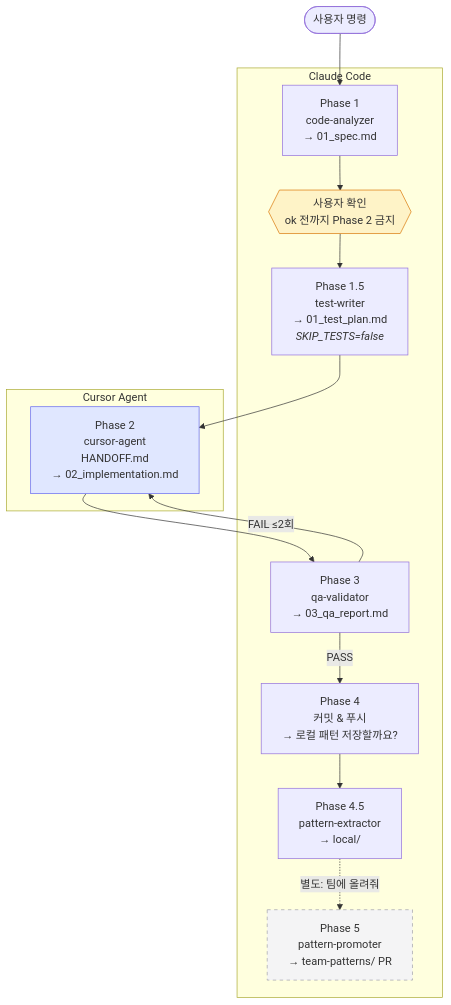
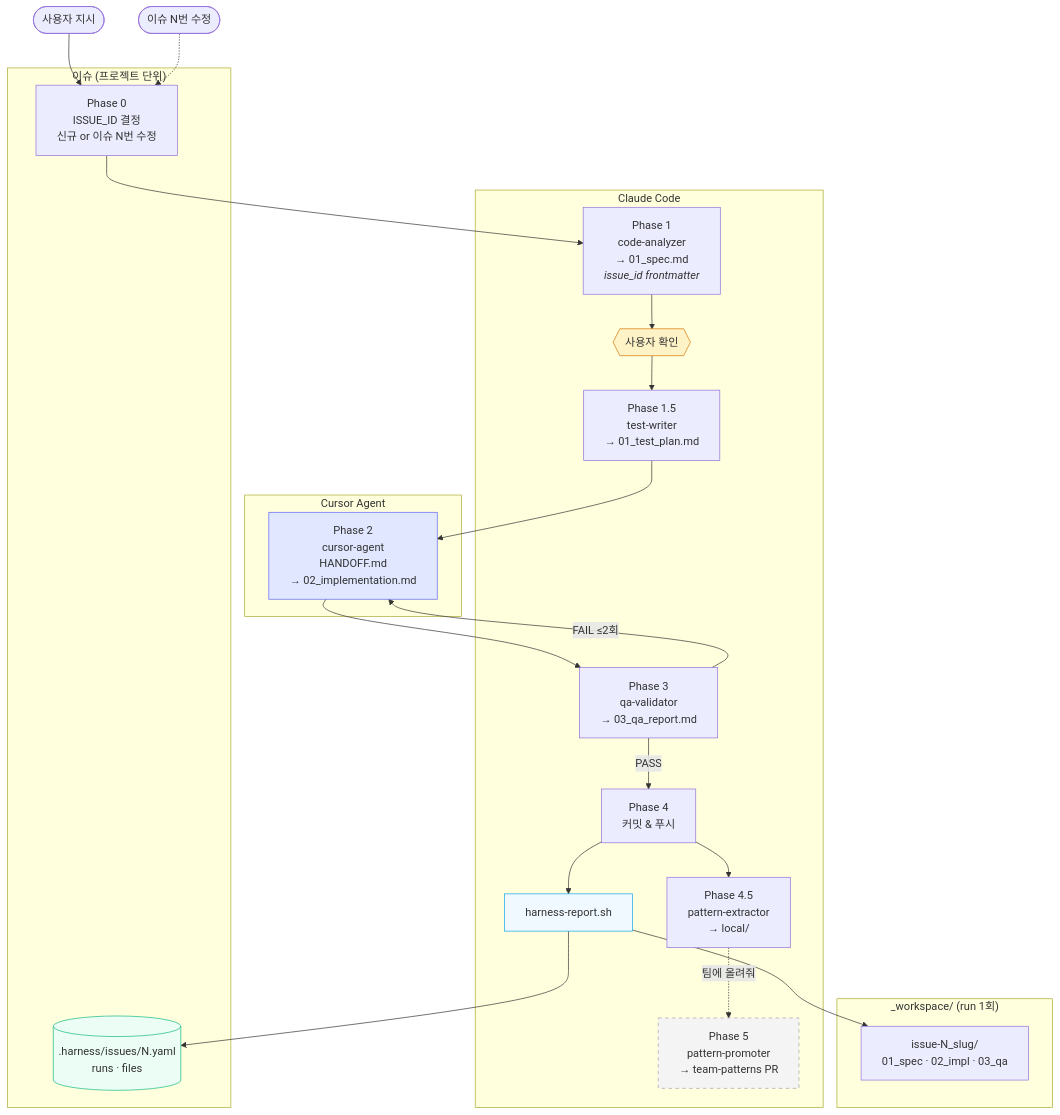
Before and after one commit to LEEHEEWON123/harness_build: the first of 5 diagrams in docs/dev-pipeline.md, drawn with Mermaid. The commit also changed other lines of this file and 1 other file, not shown here.

````diff
--- a/docs/dev-pipeline.md
+++ b/docs/dev-pipeline.md
@@ -7,31 +9,49 @@
 ```mermaid
 flowchart TB
-  START([사용자 명령]) --> P1
+  START([사용자 지시]) --> P0
+
+  subgraph ISSUE["이슈 (프로젝트 단위)"]
+    P0["Phase 0<br/>ISSUE_ID 결정<br/>신규 or 이슈 N번 수정"]
+    STORE[(".harness/issues/N.yaml<br/>runs · files")]
+  end
 
   subgraph CLAUDE["Claude Code"]
-    P1["Phase 1<br/>code-analyzer<br/>→ 01_spec.md"]
-    GATE{{"사용자 확인<br/>ok 전까지 Phase 2 금지"}}
-    P15["Phase 1.5<br/>test-writer<br/>→ 01_test_plan.md<br/><i>SKIP_TESTS=false</i>"]
+    P1["Phase 1<br/>code-analyzer<br/>→ 01_spec.md<br/><i>issue_id frontmatter</i>"]
+    GATE{{"사용자 확인"}}
+    P15["Phase 1.5<br/>test-writer<br/>→ 01_test_plan.md"]
     P3["Phase 3<br/>qa-validator<br/>→ 03_qa_report.md"]
-    P4["Phase 4<br/>커밋 & 푸시<br/>→ 로컬 패턴 저장할까요?"]
+    P4["Phase 4<br/>커밋 & 푸시"]
+    REPORT["harness-report.sh"]
     P45["Phase 4.5<br/>pattern-extractor<br/>→ local/"]
-    P5["Phase 5<br/>pattern-promoter<br/>→ team-patterns/ PR"]
+    P5["Phase 5<br/>pattern-promoter<br/>→ team-patterns PR"]
   end
 
   subgraph CURSOR["Cursor Agent"]
     P2["Phase 2<br/>cursor-agent<br/>HANDOFF.md<br/>→ 02_implementation.md"]
   end
 
+  subgraph WS["_workspace/ (run 1회)"]
+    RUN["issue-N_slug/<br/>01_spec · 02_impl · 03_qa"]
+  end
+
+  P0 --> P1
   P1 --> GATE
   GATE --> P15
   P15 --> P2
   P2 --> P3
   P3 -->|PASS| P4
   P3 -->|FAIL ≤2회| P2
+  P4 --> REPORT
+  REPORT --> STORE
+  REPORT --> RUN
   P4 --> P45
-  P45 -.->|별도: 팀에 올려줘| P5
+  P45 -.->|팀에 올려줘| P5
+
+  AMEND([이슈 N번 수정]) -.-> P0
 
   style P2 fill:#e0e7ff,stroke:#6366f1
   style GATE fill:#fef3c7,stroke:#d97706
-  style P5 fill:#f4f4f5,stroke:#a1a1aa,stroke-dasharray: 5 5
+  style P5 fill:#f4f4f5,stroke:#a1a1aa,stroke-dasharray:5 5
+  style STORE fill:#ecfdf5,stroke:#10b981
+  style REPORT fill:#f0f9ff,stroke:#0ea5e9
 ```
````
